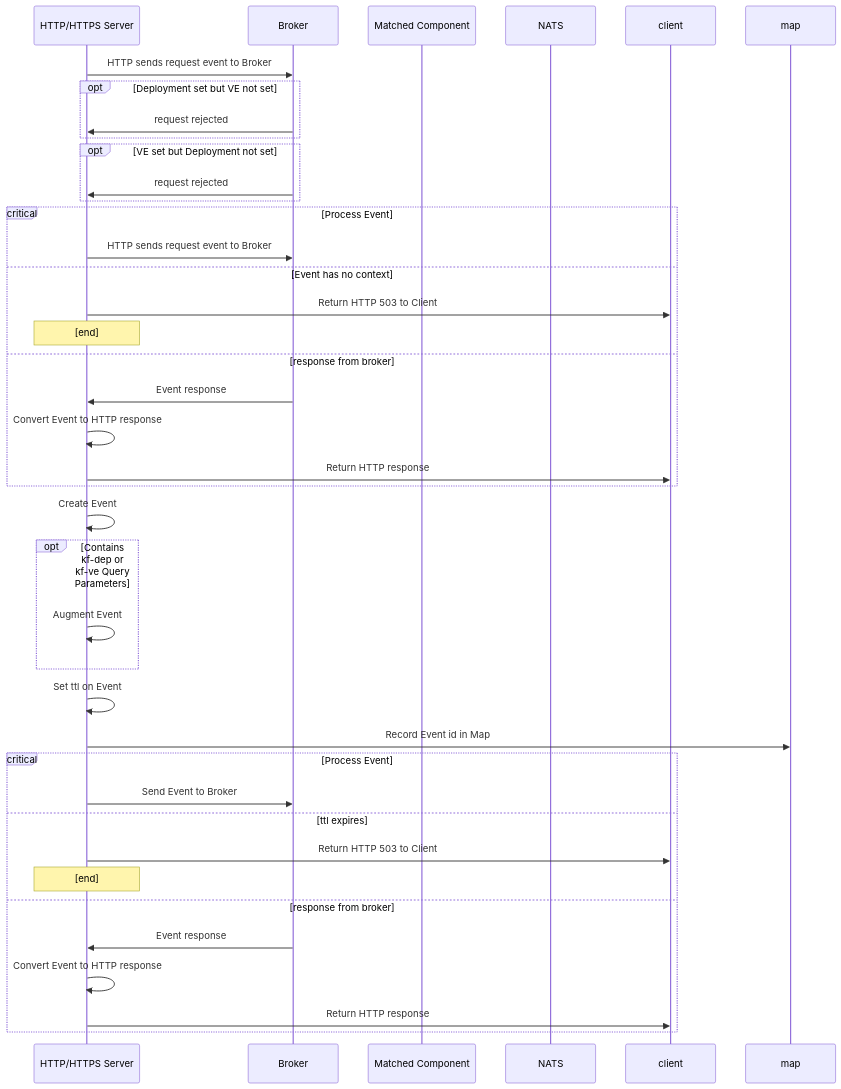
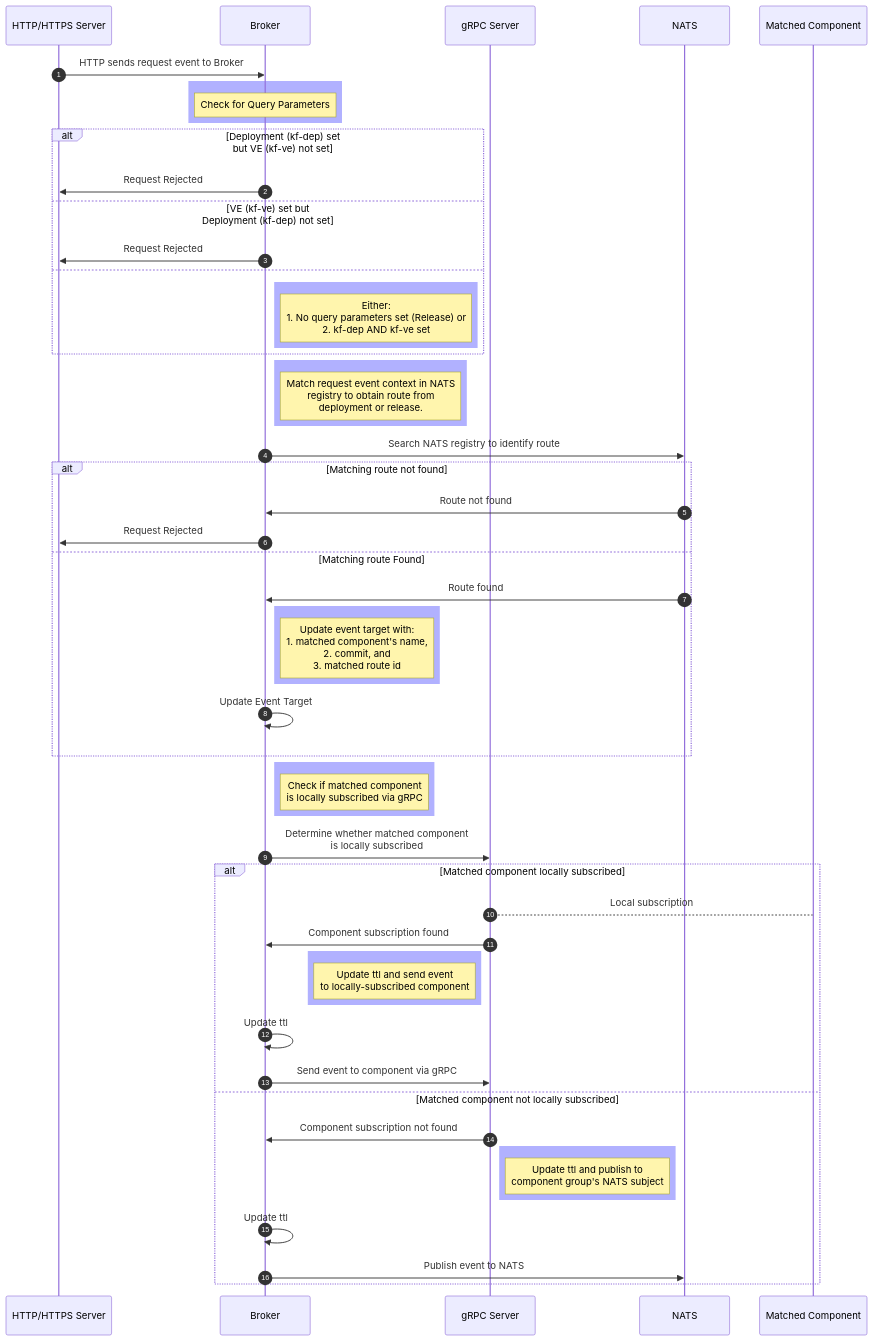
One commit to xigxog/kubefox changed the second of 2 diagrams in docs/design/sequence_diagrams/process_genesis_event_http.md. Above: the diagram before and after it, drawn with Mermaid. The commit also changed other lines of this file and 2 other files, not shown here.

Commit message:
Initial Component and NATS sequence diagrams

````diff
--- a/docs/design/sequence_diagrams/process_genesis_event_http.md
+++ b/docs/design/sequence_diagrams/process_genesis_event_http.md
@@ -59,55 +74,62 @@
 ```mermaid
   sequenceDiagram
+    autonumber
     participant http as HTTP/HTTPS Server
     participant broker as Broker
+    participant grpcs as gRPC Server
+    participant nats as NATS
     participant component as Matched Component
-    participant nats as NATS
 
     http->>broker: HTTP sends request event to Broker
+        rect rgba(100, 100, 255, .5)
+            Note over broker: Check for Query Parameters
+        end
+        alt Deployment (kf-dep) set<br/>but VE (kf-ve) not set
+            broker->>http: Request Rejected
+        else VE (kf-ve) set but<br/>Deployment (kf-dep) not set
+            broker->>http: Request Rejected
+        else
+            rect rgba(100, 100, 255, .5)
+                Note right of broker: Either:<br/>1. No query parameters set (Release) or<br/>2. kf-dep AND kf-ve set
+            end
+        end
 
-    opt Deployment set but VE not set
-        broker->>http: request rejected
-    end
-    opt VE set but Deployment not set
-        broker->>http: request rejected
+    rect rgba(100, 100, 255, .5)
+        Note right of broker: Match request event context in NATS<br/>registry to obtain route from<br/>deployment or release.
     end
 
-    
-
-
-    %% Scratch pad below
-
-    critical Process Event
-        http->>broker: HTTP sends request event to Broker
-    option Event has no context
-        http->>client: Return HTTP 503 to Client
-        Note over http: [end]
-    option response from broker
-        broker->>http: Event response
-        http->>http: Convert Event to HTTP response
-        http->>client: Return HTTP response
+    broker->>nats: Search NATS registry to identify route
+    alt Matching route not found
+        nats->>broker: Route not found
+        broker->>http: Request Rejected
+    else Matching route Found
+        nats->>broker: Route found
+        rect rgba(100, 100, 255, .5)
+            Note right of broker: Update event target with:<br/>1. matched component's name,<br/>2. commit, and<br/>3. matched route id
+        end
+        broker->>broker: Update Event Target
     end
 
+    rect rgba(100, 100, 255, .5)
+        Note right of broker: Check if matched component<br/>is locally subscribed via gRPC
+    end
 
-
-    http->>http: Create Event
-    opt Contains kf-dep or kf-ve Query Parameters
-        http->>http: Augment Event
-    end
-    
-    http->>http: Set ttl on Event
-
-    http->>map: Record Event id in Map
-
-    critical Process Event
-        http->>broker: Send Event to Broker
-    option ttl expires
-        http->>client: Return HTTP 503 to Client
-        Note over http: [end]
-    option response from broker
-        broker->>http: Event response
-        http->>http: Convert Event to HTTP response
-        http->>client: Return HTTP response
+    broker->>grpcs: Determine whether matched component<br/>is locally subscribed
+    alt Matched component locally subscribed
+        grpcs-->component: Local subscription
+        grpcs->>broker: Component subscription found
+        rect rgba(100, 100, 255, .5)
+            Note left of grpcs: Update ttl and send event <br/> to locally-subscribed component
+        end
+        broker->>broker: Update ttl
+        broker->>grpcs: Send event to component via gRPC
+    else Matched component not locally subscribed
+        grpcs->>broker: Component subscription not found
+        rect rgba(100, 100, 255, .5)
+            Note left of nats: Update ttl and publish to <br/>component group's NATS subject
+        end
+        broker->>broker: Update ttl
+        broker->>nats: Publish event to NATS
     end
 
 ```
````
